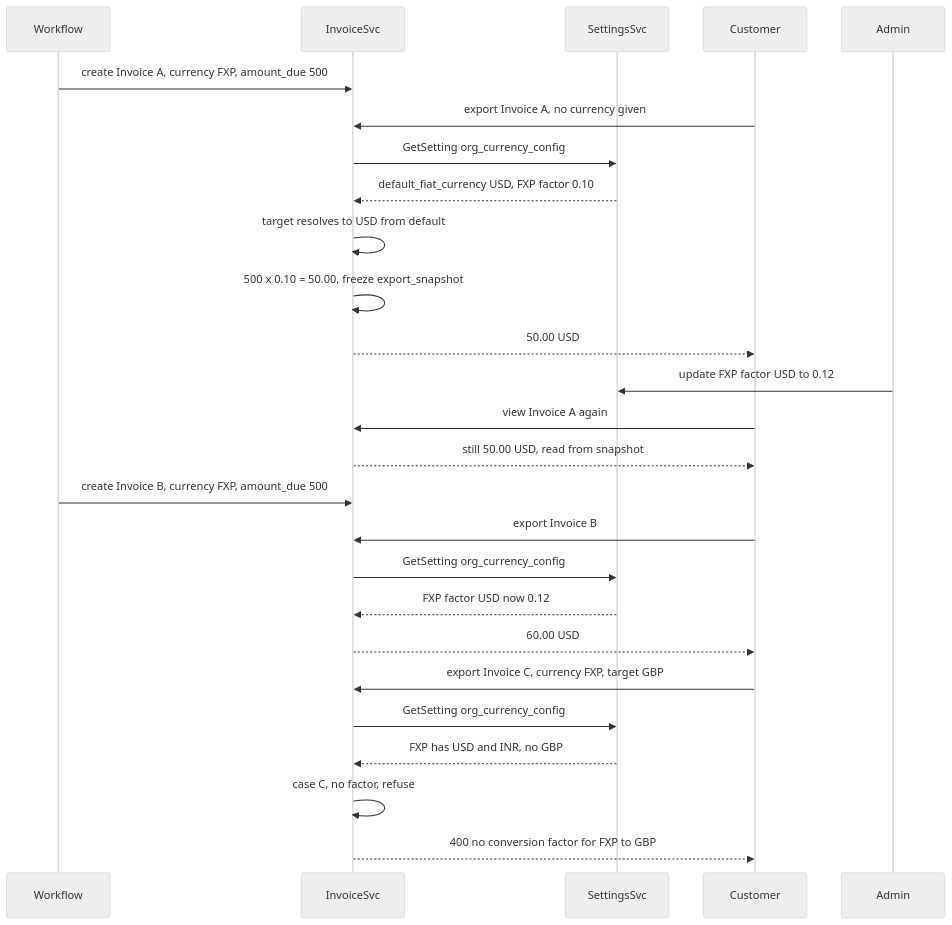
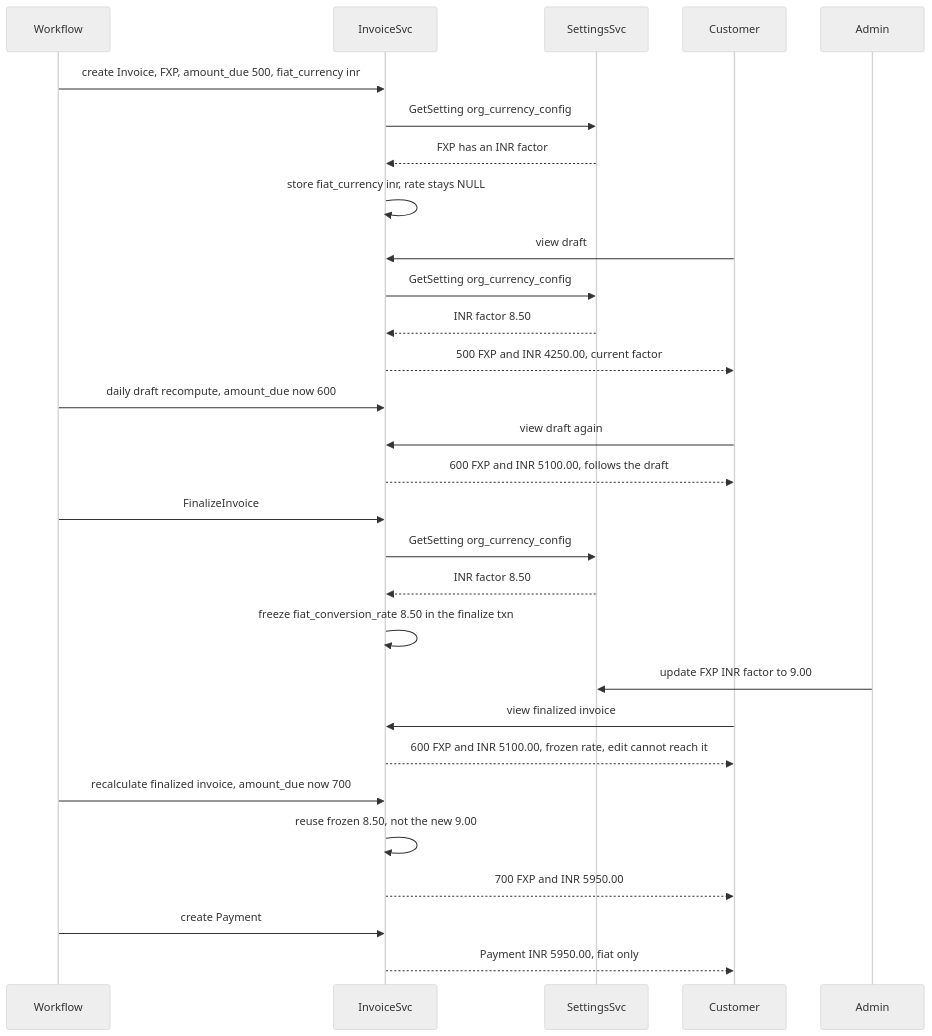
Before and after one commit to subratsahilgupta/flexprice: the third of 3 diagrams in docs/design/2026-08-27-FLE-1201-custom-org-currency.md, drawn with Mermaid (neutral theme). The commit also changed other lines of this file, not shown here.

Commit message:
refactor(docs): update design document for custom organization currency support

````diff
--- a/docs/design/2026-08-27-FLE-1201-custom-org-currency.md
+++ b/docs/design/2026-08-27-FLE-1201-custom-org-currency.md
@@ -378,33 +372,39 @@
 ```mermaid
 sequenceDiagram
     participant Workflow
     participant InvoiceSvc
     participant SettingsSvc
     participant Customer
     participant Admin
 
-    Workflow->>InvoiceSvc: create Invoice A, currency FXP, amount_due 500
-    Customer->>InvoiceSvc: export Invoice A, no currency given
+    Workflow->>InvoiceSvc: create Invoice, FXP, amount_due 500, fiat_currency inr
     InvoiceSvc->>SettingsSvc: GetSetting org_currency_config
-    SettingsSvc-->>InvoiceSvc: default_fiat_currency USD, FXP factor 0.10
-    InvoiceSvc->>InvoiceSvc: target resolves to USD from default
-    InvoiceSvc->>InvoiceSvc: 500 x 0.10 = 50.00, freeze export_snapshot
-    InvoiceSvc-->>Customer: 50.00 USD
+    SettingsSvc-->>InvoiceSvc: FXP has an INR factor
+    InvoiceSvc->>InvoiceSvc: store fiat_currency inr, rate stays NULL
 
-    Admin->>SettingsSvc: update FXP factor USD to 0.12
+    Customer->>InvoiceSvc: view draft
+    InvoiceSvc->>SettingsSvc: GetSetting org_currency_config
+    SettingsSvc-->>InvoiceSvc: INR factor 8.50
+    InvoiceSvc-->>Customer: 500 FXP and INR 4250.00, current factor
 
-    Customer->>InvoiceSvc: view Invoice A again
-    InvoiceSvc-->>Customer: still 50.00 USD, read from snapshot
+    Workflow->>InvoiceSvc: daily draft recompute, amount_due now 600
+    Customer->>InvoiceSvc: view draft again
+    InvoiceSvc-->>Customer: 600 FXP and INR 5100.00, follows the draft
 
-    Workflow->>InvoiceSvc: create Invoice B, currency FXP, amount_due 500
-    Customer->>InvoiceSvc: export Invoice B
+    Workflow->>InvoiceSvc: FinalizeInvoice
     InvoiceSvc->>SettingsSvc: GetSetting org_currency_config
-    SettingsSvc-->>InvoiceSvc: FXP factor USD now 0.12
-    InvoiceSvc-->>Customer: 60.00 USD
+    SettingsSvc-->>InvoiceSvc: INR factor 8.50
+    InvoiceSvc->>InvoiceSvc: freeze fiat_conversion_rate 8.50 in the finalize txn
 
-    Customer->>InvoiceSvc: export Invoice C, currency FXP, target GBP
-    InvoiceSvc->>SettingsSvc: GetSetting org_currency_config
-    SettingsSvc-->>InvoiceSvc: FXP has USD and INR, no GBP
-    InvoiceSvc->>InvoiceSvc: case C, no factor, refuse
-    InvoiceSvc-->>Customer: 400 no conversion factor for FXP to GBP
+    Admin->>SettingsSvc: update FXP INR factor to 9.00
+
+    Customer->>InvoiceSvc: view finalized invoice
+    InvoiceSvc-->>Customer: 600 FXP and INR 5100.00, frozen rate, edit cannot reach it
+
+    Workflow->>InvoiceSvc: recalculate finalized invoice, amount_due now 700
+    InvoiceSvc->>InvoiceSvc: reuse frozen 8.50, not the new 9.00
+    InvoiceSvc-->>Customer: 700 FXP and INR 5950.00
+
+    Workflow->>InvoiceSvc: create Payment
+    InvoiceSvc-->>Customer: Payment INR 5950.00, fiat only
 ```
````
